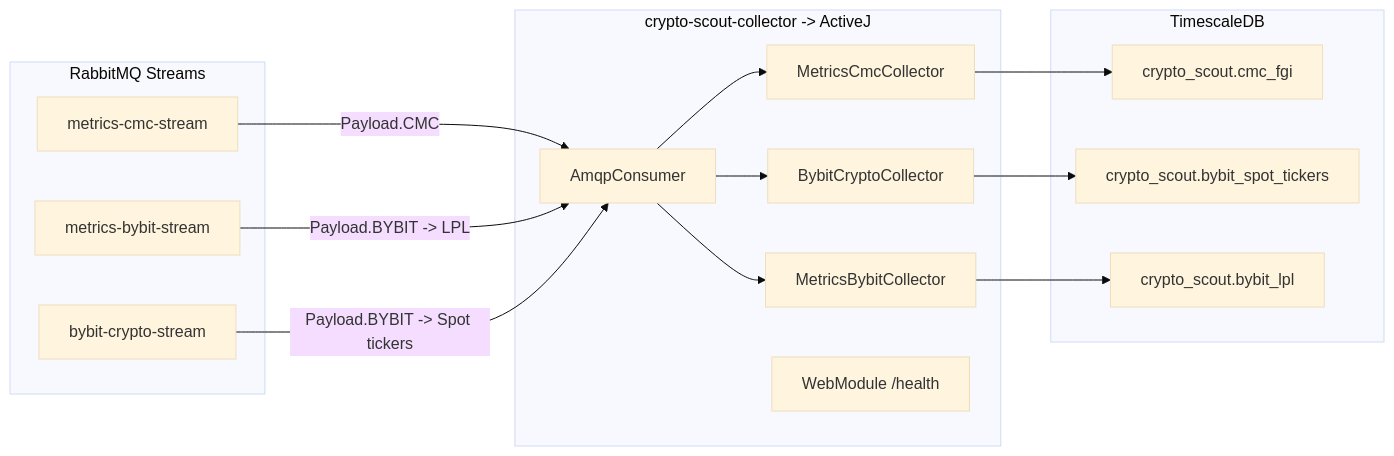
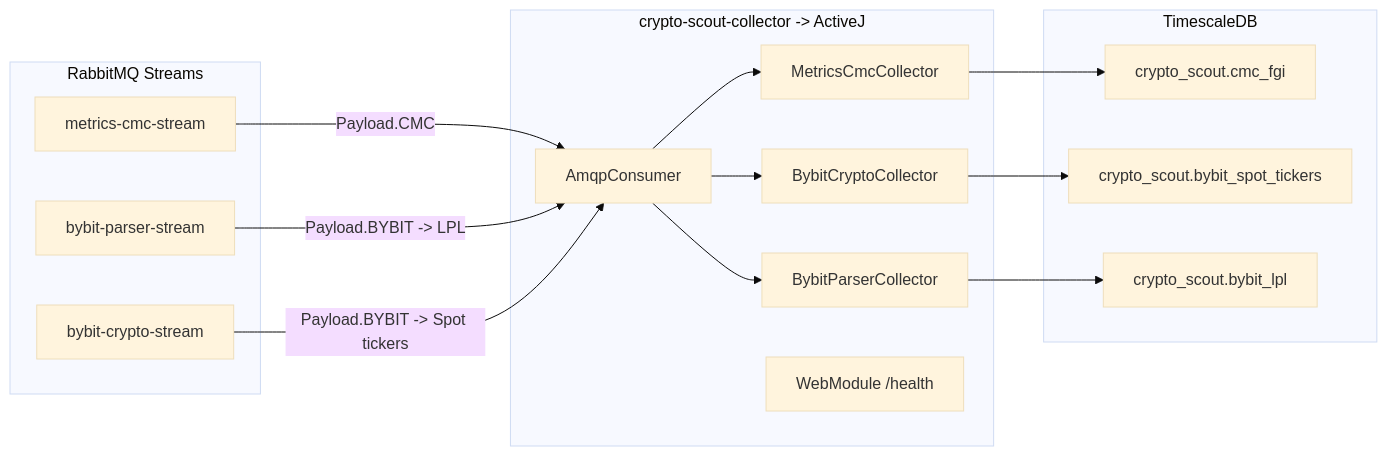
Before and after one commit to akarazhev/crypto-scout-collector: the diagram in README.md, drawn with Mermaid (base theme). The commit also changed other lines of this file and 11 other files, not shown here.

Commit message:
Renamed MetricsBybitRepository->BybitParserRepository, MetricsBybitCollector->BybitParserCollector.

````diff
--- a/README.md
+++ b/README.md
@@ -21,26 +21,26 @@
 ```mermaid
 flowchart LR
     subgraph RabbitMQ[ RabbitMQ Streams ]
         S1[metrics-cmc-stream]
-        S2[metrics-bybit-stream]
+        S2[bybit-parser-stream]
         S3[bybit-crypto-stream]
     end
 
     subgraph App[crypto-scout-collector -> ActiveJ]
         A1[AmqpConsumer]
         A2[MetricsCmcCollector]
-        A3[MetricsBybitCollector]
+        A3[BybitParserCollector]
         A4[BybitCryptoCollector]
         W[WebModule /health]
     end
 
     subgraph DB[TimescaleDB]
         T1[crypto_scout.cmc_fgi]
         T2[crypto_scout.bybit_spot_tickers]
         T3[crypto_scout.bybit_lpl]
     end
 
     S1 -->|Payload.CMC| A1 --> A2 --> T1
     S2 -->|Payload.BYBIT -> LPL| A1 --> A3 --> T3
     S3 -->|Payload.BYBIT -> Spot tickers| A1 --> A4 --> T2
 ```
````
